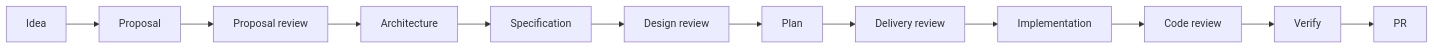
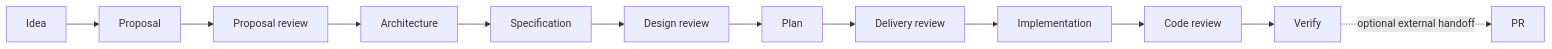
The diagram in README.md (xiongxianfei/rigorloop), drawn with Mermaid before and after one commit. The commit also changed other lines of this file and 99 other files, not shown here.

````diff
--- a/README.md
+++ b/README.md
@@ -117,14 +117,14 @@
 ```mermaid
 flowchart LR
   A[Idea] --> B[Proposal]
   B --> C[Proposal review]
   C --> D[Architecture]
   D --> E[Specification]
   E --> F[Design review]
   F --> G[Plan]
   G --> H[Delivery review]
   H --> I[Implementation]
   I --> J[Code review]
   J --> K[Verify]
-  K --> L[PR]
+  K -. optional external handoff .-> L[PR]
 ```
````
